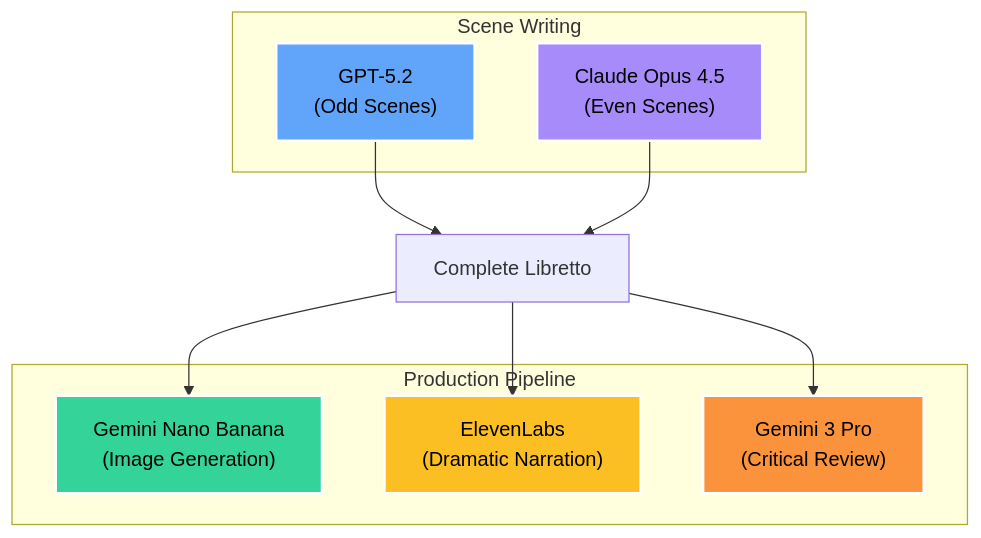
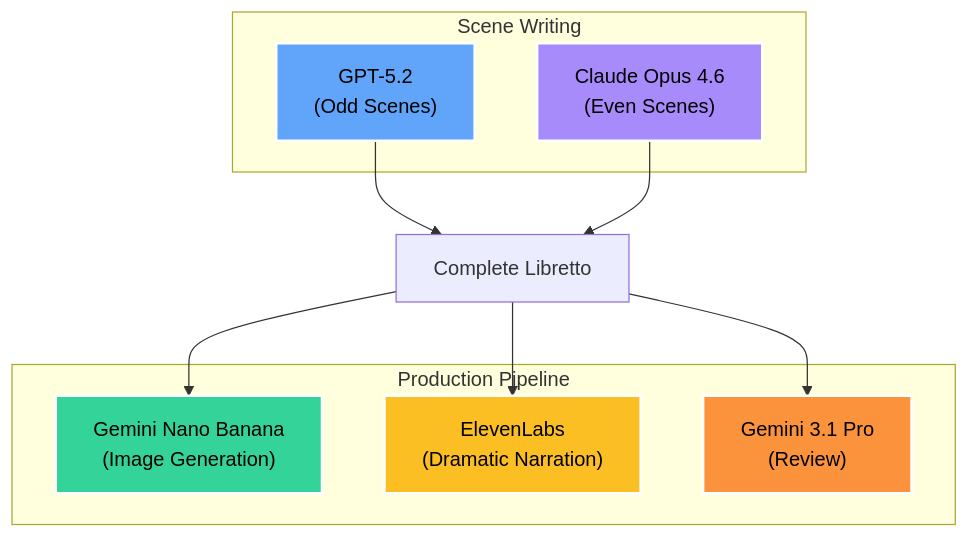
Before and after one commit to em3ndez/OperaGenerator: the first of 3 diagrams in slides.md, drawn with Mermaid. The commit also changed other lines of this file and 3 other files, not shown here.

First line of the commit message:
Update slides and upgrade models to Claude Opus 4.6, Gemini 3.1

````diff
--- a/slides.md
+++ b/slides.md
@@ -182,25 +182,25 @@
 ```mermaid {scale: 0.85}
 graph TB
     subgraph "Scene Writing"
         GPT["GPT-5.2<br/>(Odd Scenes)"]
-        Claude["Claude Opus 4.5<br/>(Even Scenes)"]
+        Claude["Claude Opus 4.6<br/>(Even Scenes)"]
     end
 
     subgraph "Production Pipeline"
         Gemini["Gemini Nano Banana<br/>(Image Generation)"]
         ElevenLabs["ElevenLabs<br/>(Dramatic Narration)"]
-        GeminiPro["Gemini 3 Pro<br/>(Critical Review)"]
+        GeminiPro["Gemini 3.1 Pro<br/>(Review)"]
     end
 
     GPT --> Libretto[Complete Libretto]
     Claude --> Libretto
     Libretto --> Gemini
     Libretto --> ElevenLabs
     Libretto --> GeminiPro
 
     style GPT fill:#60a5fa,stroke:#fff,stroke-width:2px,color:#000
     style Claude fill:#a78bfa,stroke:#fff,stroke-width:2px,color:#000
     style Gemini fill:#34d399,stroke:#fff,stroke-width:2px,color:#000
     style ElevenLabs fill:#fbbf24,stroke:#fff,stroke-width:2px,color:#000
     style GeminiPro fill:#fb923c,stroke:#fff,stroke-width:2px,color:#000
 ```
````
